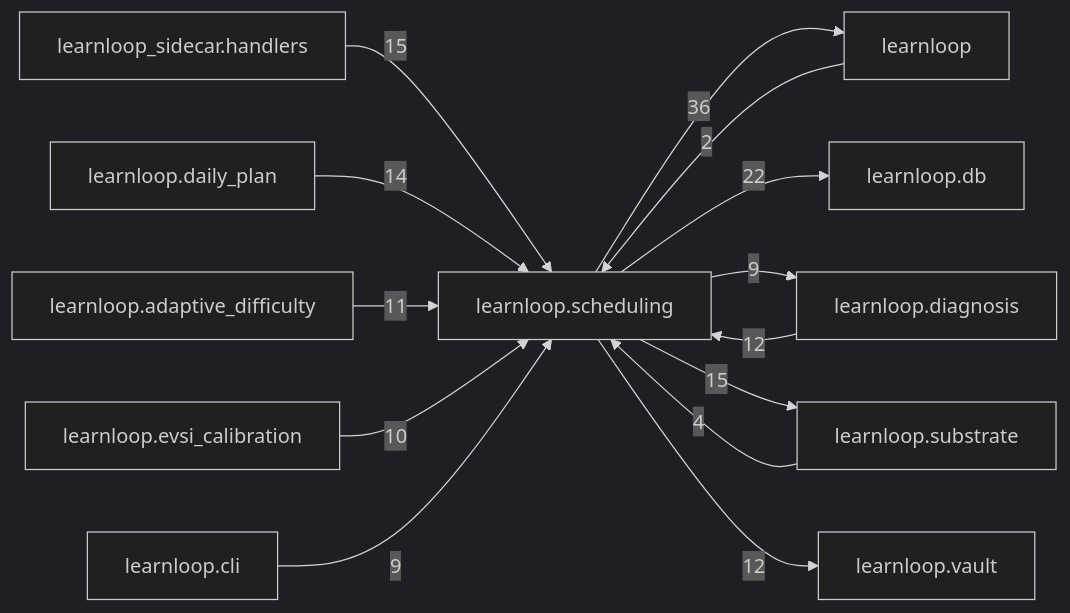
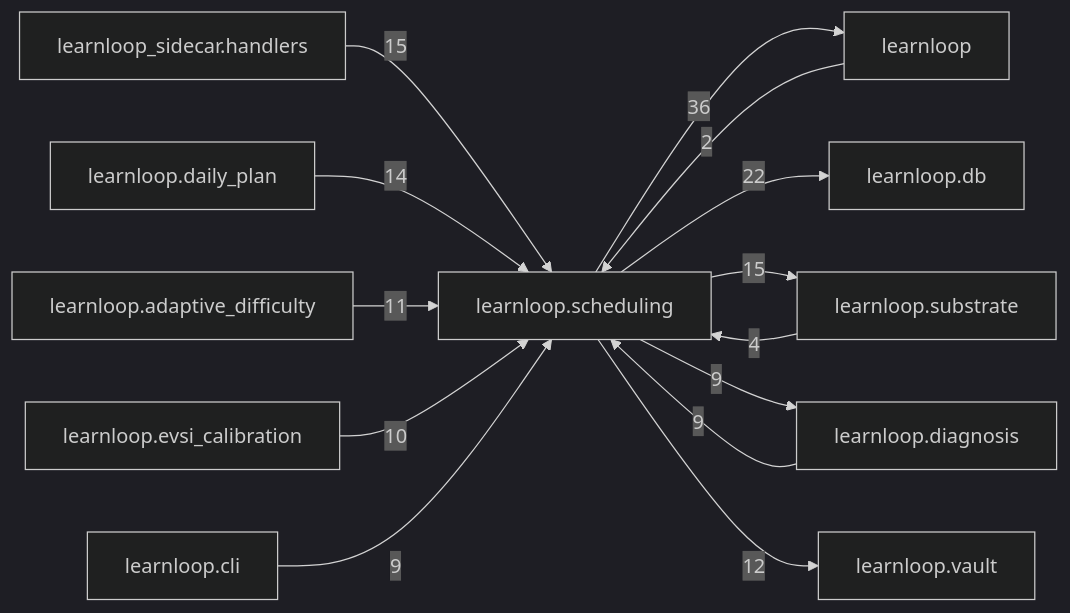
One commit to 6up-b/learnanything changed the diagram in docs/learnloop-architecture-vault/Reference/Modules/learnloop/scheduling/_package.md. Above: the diagram before and after it, drawn with Mermaid (dark theme). The commit also changed other lines of this file and 32 other files, not shown here.

````diff
--- a/docs/learnloop-architecture-vault/Reference/Modules/learnloop/scheduling/_package.md
+++ b/docs/learnloop-architecture-vault/Reference/Modules/learnloop/scheduling/_package.md
@@ -172,27 +172,27 @@
 ```mermaid
 flowchart LR
     center["learnloop.scheduling"]
     n_learnloop["learnloop"]
     n_learnloop_db["learnloop.db"]
+    n_learnloop_substrate["learnloop.substrate"]
     n_learnloop_diagnosis["learnloop.diagnosis"]
-    n_learnloop_substrate["learnloop.substrate"]
     n_learnloop_sidecar_handlers["learnloop_sidecar.handlers"]
     n_learnloop_daily_plan["learnloop.daily_plan"]
     n_learnloop_vault["learnloop.vault"]
     n_learnloop_adaptive_difficulty["learnloop.adaptive_difficulty"]
     n_learnloop_evsi_calibration["learnloop.evsi_calibration"]
     n_learnloop_cli["learnloop.cli"]
     n_learnloop -->|2| center
     center -->|36| n_learnloop
     center -->|22| n_learnloop_db
-    n_learnloop_diagnosis -->|12| center
-    center -->|9| n_learnloop_diagnosis
     n_learnloop_substrate -->|4| center
     center -->|15| n_learnloop_substrate
+    n_learnloop_diagnosis -->|9| center
+    center -->|9| n_learnloop_diagnosis
     n_learnloop_sidecar_handlers -->|15| center
     n_learnloop_daily_plan -->|14| center
     center -->|12| n_learnloop_vault
     n_learnloop_adaptive_difficulty -->|11| center
     n_learnloop_evsi_calibration -->|10| center
     n_learnloop_cli -->|9| center
 ```
````
